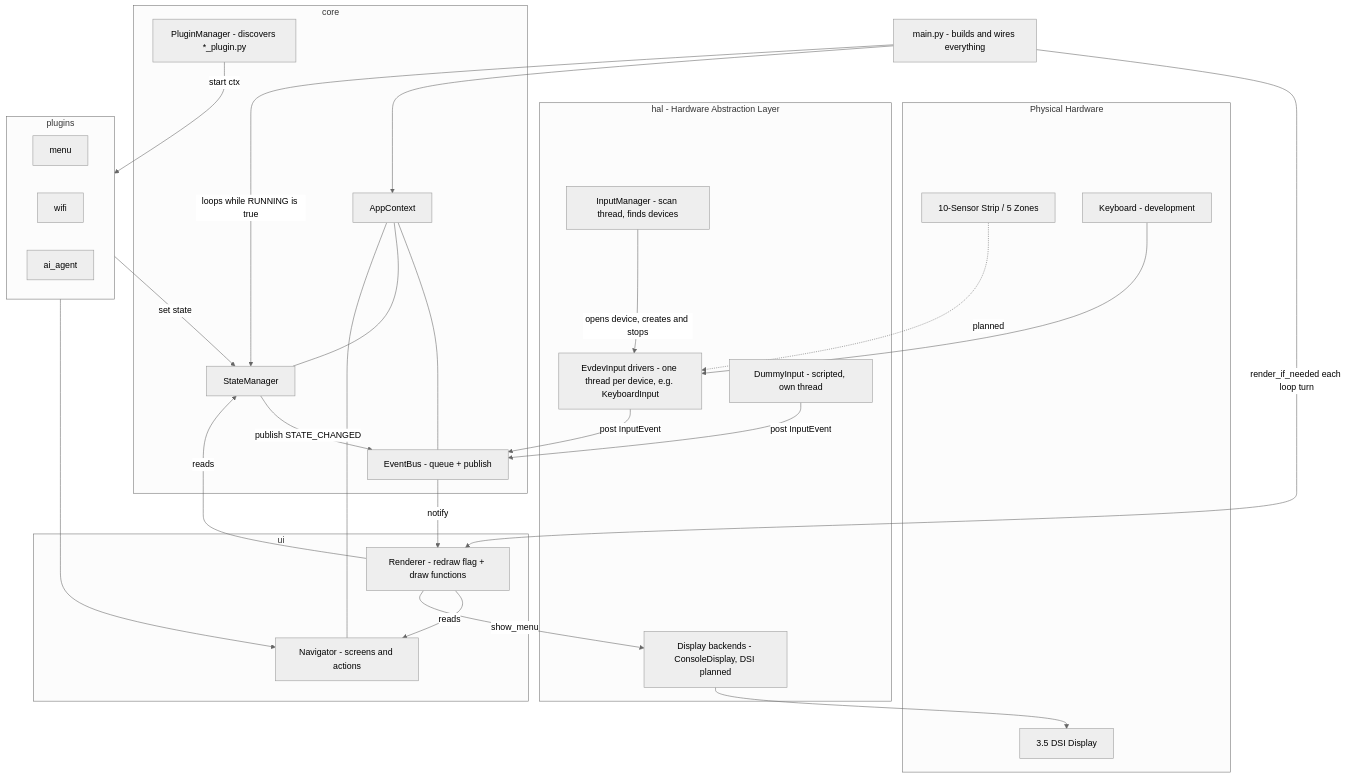
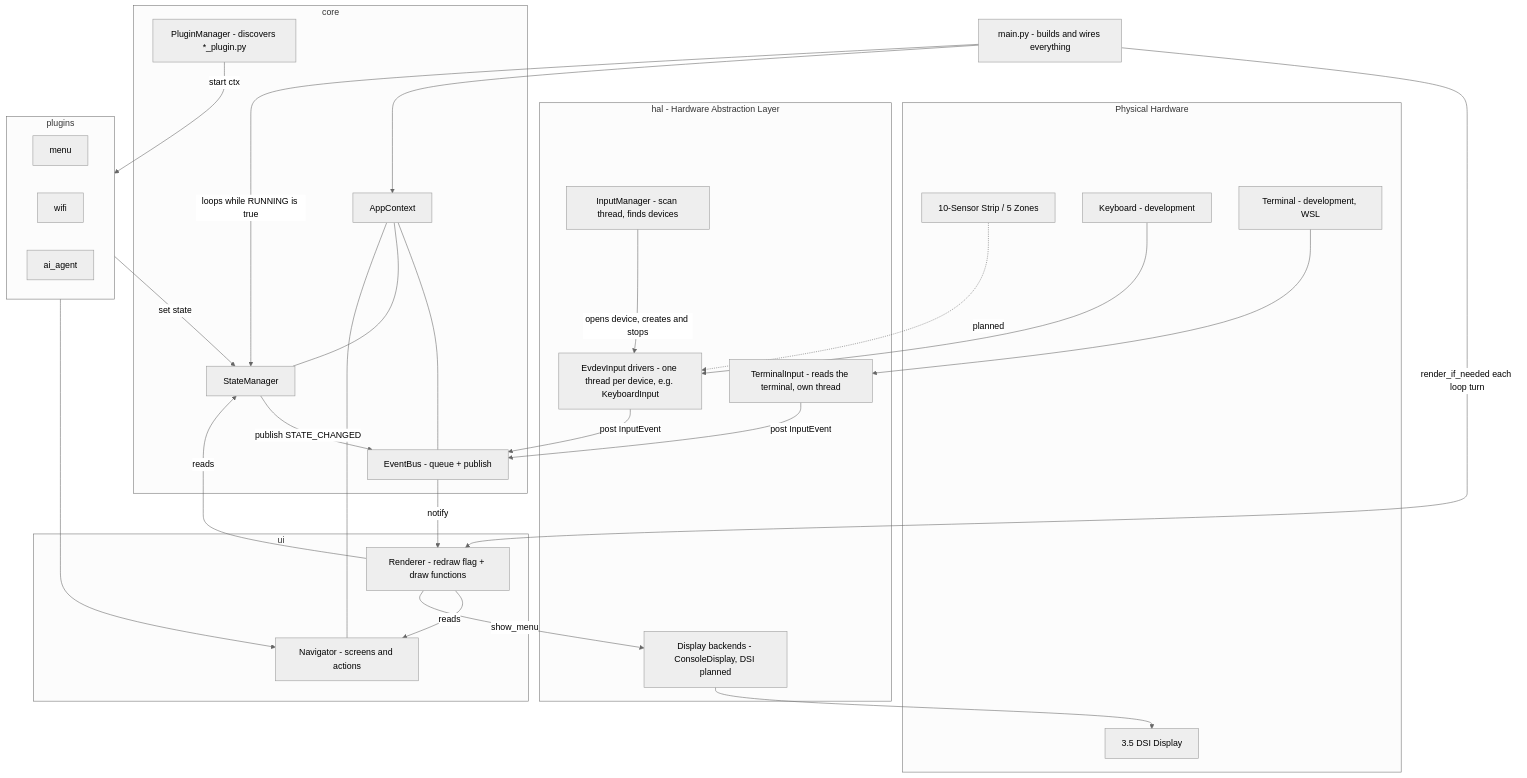
The first of 4 diagrams in docs/architecture.md (A-Dann/Antonino-TuttoFare_PI3bplus), drawn with Mermaid (neutral theme) before and after one commit. The commit also changed other lines of this file, not shown here.

Commit message:
docs: update architecture for TerminalInput and the wiring in main

````diff
--- a/docs/architecture.md
+++ b/docs/architecture.md
@@ -12,56 +12,58 @@
 ```mermaid
 graph TD
     subgraph Hardware [Physical Hardware]
         Display[3.5 DSI Display]
         Strip[10-Sensor Strip / 5 Zones]
         Keyboard[Keyboard - development]
+        Term[Terminal - development, WSL]
     end
 
     subgraph HAL [hal - Hardware Abstraction Layer]
         InputManager[InputManager - scan thread, finds devices]
         EvdevDrivers[EvdevInput drivers - one thread per device, e.g. KeyboardInput]
-        DummyIn[DummyInput - scripted, own thread]
+        TermIn[TerminalInput - reads the terminal, own thread]
         HalDisplay[Display backends - ConsoleDisplay, DSI planned]
     end
 
     subgraph Core [core]
         EventBus[EventBus - queue + publish]
         StateMgr[StateManager]
         PluginMgr[PluginManager - discovers *_plugin.py]
         Context[AppContext]
     end
 
     subgraph UI [ui]
         Navigator[Navigator - screens and actions]
         Renderer[Renderer - redraw flag + draw functions]
     end
 
     subgraph Plugins [plugins]
         Menu[menu]
         Wifi[wifi]
         AiAgent[ai_agent]
     end
 
     Main[main.py - builds and wires everything]
 
     Keyboard --> EvdevDrivers
     Strip -.->|planned| EvdevDrivers
+    Term --> TermIn
     InputManager -->|opens device, creates and stops| EvdevDrivers
     EvdevDrivers -->|post InputEvent| EventBus
-    DummyIn -->|post InputEvent| EventBus
+    TermIn -->|post InputEvent| EventBus
     Main --> Context
     Context --- EventBus
     Context --- StateMgr
     Context --- Navigator
     PluginMgr -->|start ctx| Plugins
     Plugins -->|set state| StateMgr
     Plugins --> Navigator
     StateMgr -->|publish STATE_CHANGED| EventBus
     EventBus -->|notify| Renderer
     Renderer -->|reads| StateMgr
     Renderer -->|reads| Navigator
     Main -->|render_if_needed each loop turn| Renderer
     Main -->|loops while RUNNING is true| StateMgr
     Renderer -->|show_menu| HalDisplay
     HalDisplay --> Display
 ```
````
